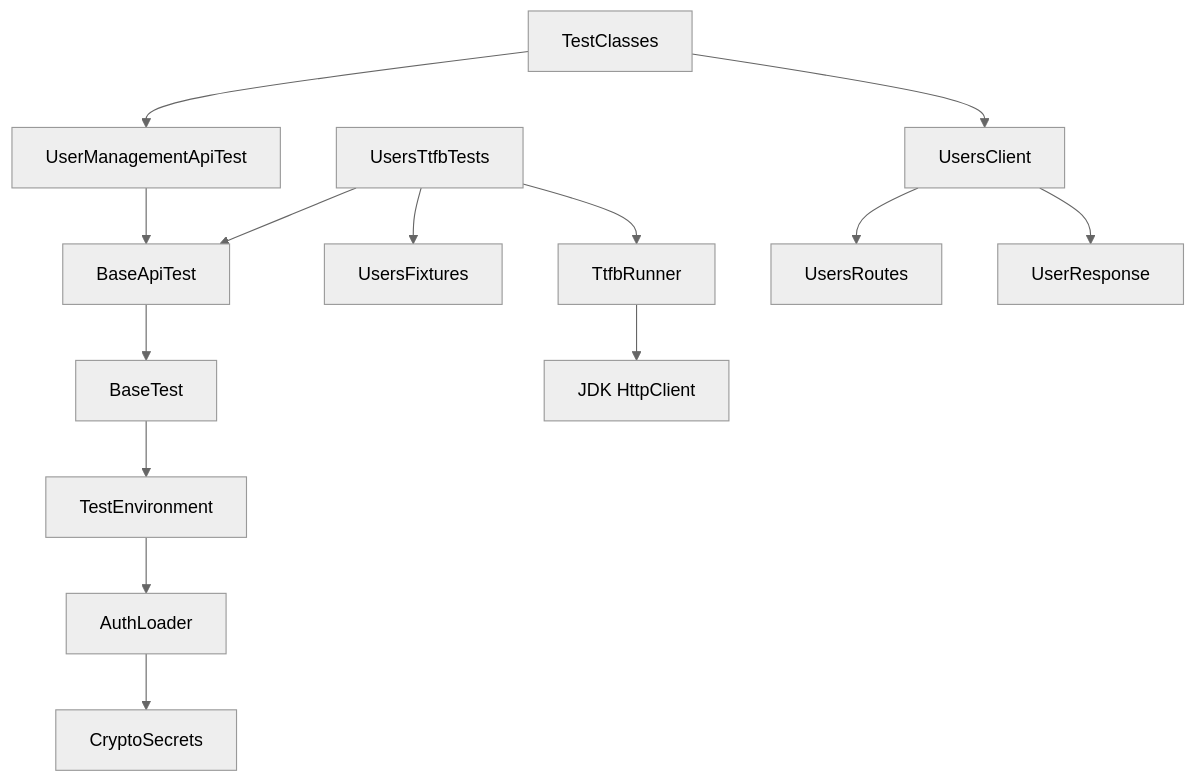
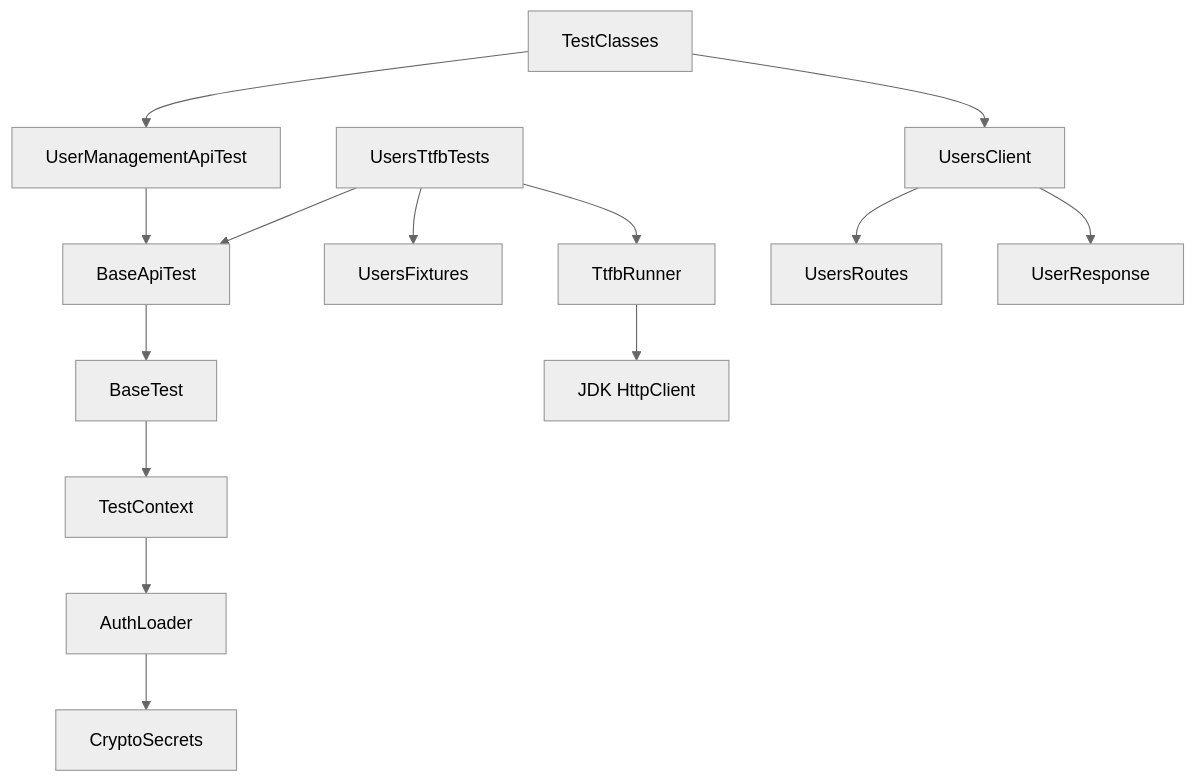
One commit to sg0nzalez/user-management-tests changed the first of 2 diagrams in docs/ARCHITECTURE.md. Above: the diagram before and after it, drawn with Mermaid (neutral theme). The commit also changed other lines of this file and 12 other files, not shown here.

````diff
--- a/docs/ARCHITECTURE.md
+++ b/docs/ARCHITECTURE.md
@@ -48,16 +48,16 @@
 ```mermaid
 flowchart TB
   tests[TestClasses] --> support[UserManagementApiTest]
   support --> baseApi[BaseApiTest]
   baseApi --> baseTest[BaseTest]
   ttfbTests[UsersTtfbTests] --> baseApi
   ttfbTests --> fixtures[UsersFixtures]
   tests --> client[UsersClient]
   client --> routes[UsersRoutes]
   client --> responses[UserResponse]
-  baseTest --> config[TestEnvironment]
+  baseTest --> config[TestContext]
   config --> authLoader[AuthLoader]
   authLoader --> crypto[CryptoSecrets]
   ttfbTests --> ttfbRunner[TtfbRunner]
   ttfbRunner --> httpClient[JDK HttpClient]
 ```
````
